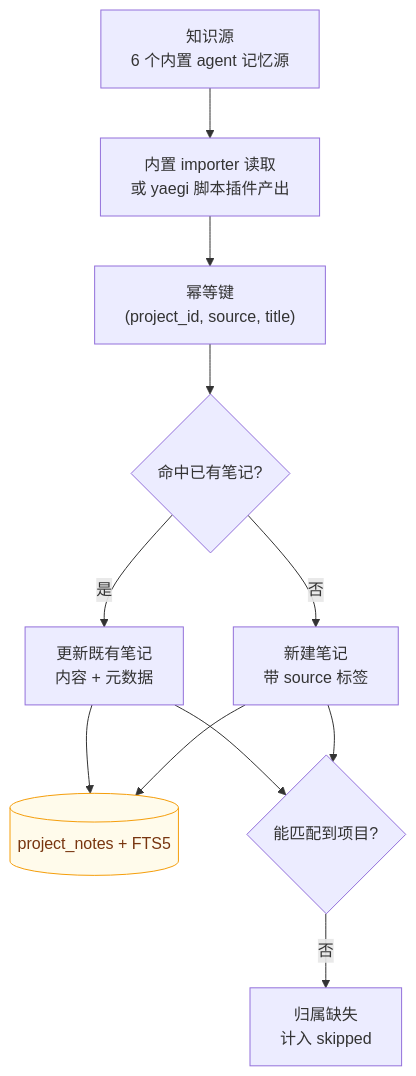
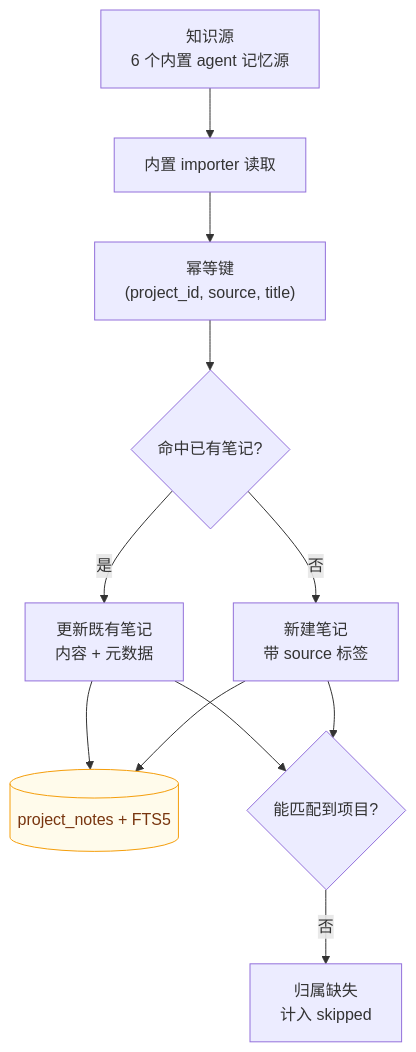
One commit to sky-jiangcheng/repo-nest changed the diagram in docs/plugins/overview.md. Above: the diagram before and after it, drawn with Mermaid. The commit also changed other lines of this file and 23 other files, not shown here.

````diff
--- a/docs/plugins/overview.md
+++ b/docs/plugins/overview.md
@@ -12,15 +12,15 @@
 ```mermaid
 flowchart TB
-    SRC["知识源<br/>6 个内置 agent 记忆源"] --> RUN["内置 importer 读取<br/>或 yaegi 脚本插件产出"]
+    SRC["知识源<br/>6 个内置 agent 记忆源"] --> RUN["内置 importer 读取"]
     RUN --> KEY["幂等键<br/>(project_id, source, title)"]
     KEY --> HIT{"命中已有笔记?"}
     HIT -->|"是"| UPD["更新既有笔记<br/>内容 + 元数据"]
     HIT -->|"否"| INS["新建笔记<br/>带 source 标签"]
     UPD --> DB[("project_notes + FTS5")]
     INS --> DB
     UPD --> MATCH{"能匹配到项目?"}
     INS --> MATCH
     MATCH -->|"否"| SKIP["归属缺失<br/>计入 skipped"]
         classDef store fill:#fffbeb,stroke:#f59e0b,color:#78350f
     class DB store
 ```
````
